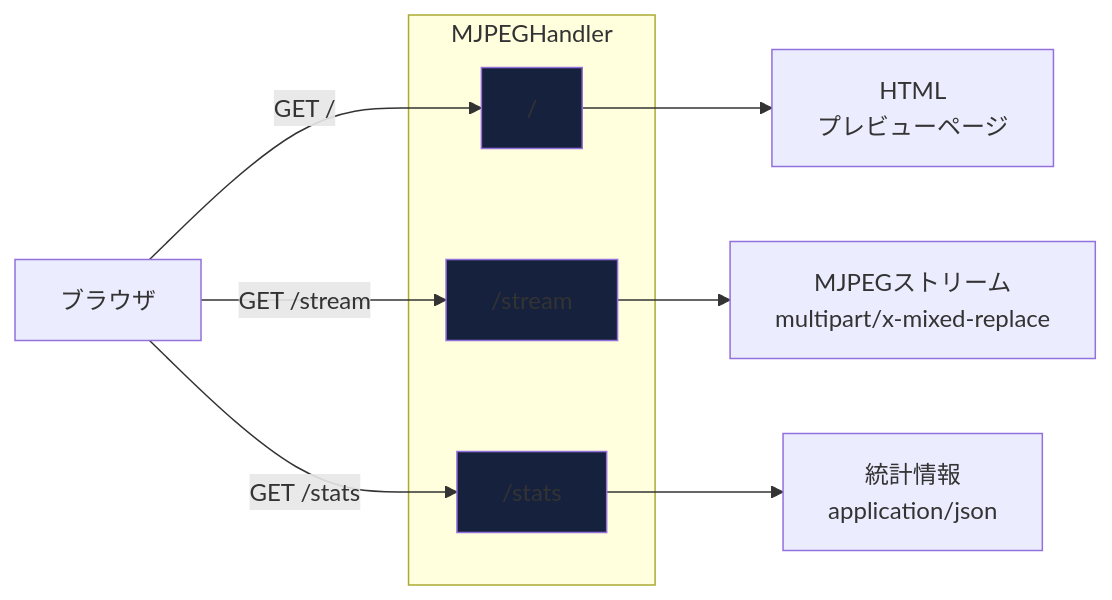
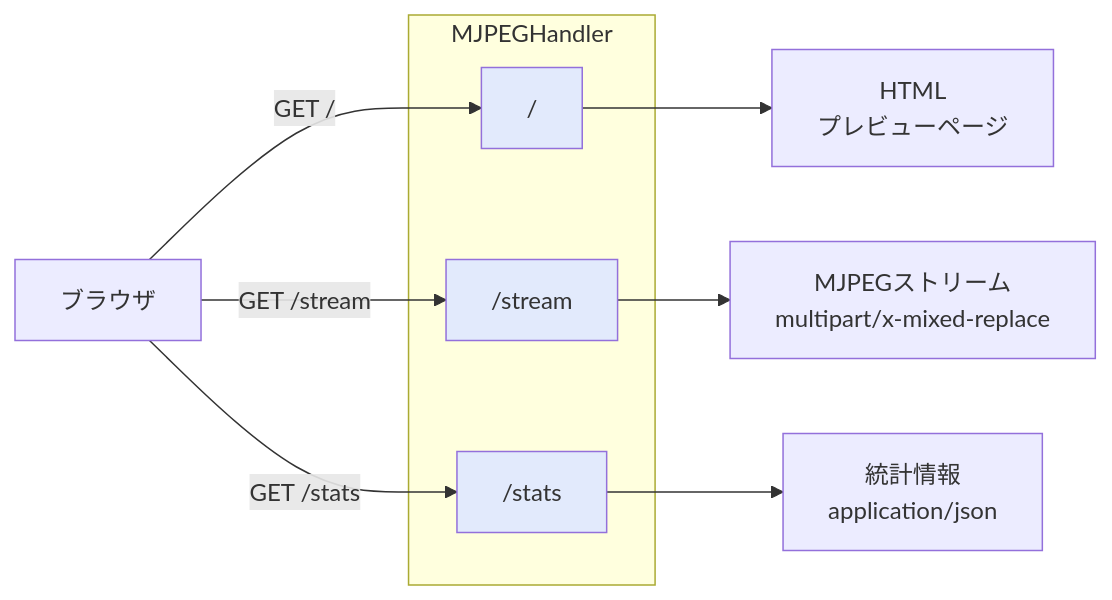
Before and after one commit to Masakai/meteo: the eighth of 12 diagrams in documents/DETECTOR_COMPONENTS.md, drawn with Mermaid. The commit also changed other lines of this file and 8 other files, not shown here.

Commit message:
- Mermaidダイアグラム用スタイルのカラーパレットを調整   - セーフティカラーを温和なトーンへ変更   - Mermaidテーマ設定のドキュメントやスクリプトを更新 - WebRTC/Go2RTC関連のドキュメント強化   - `go2rtc` コンテナ仕様、図解を追加   - ダッシュボード埋め込み方式とストリーミング設定を反映   - 構築手順にポートや依存関係情報を補足

````diff
--- a/documents/DETECTOR_COMPONENTS.md
+++ b/documents/DETECTOR_COMPONENTS.md
@@ -572,27 +572,27 @@
 ```mermaid
 graph LR
     Browser["ブラウザ"]
 
     subgraph "MJPEGHandler"
         Root["/"]
         Stream["/stream"]
         Stats["/stats"]
     end
 
     HTML["HTML<br/>プレビューページ"]
     MJPEG["MJPEGストリーム<br/>multipart/x-mixed-replace"]
     JSON["統計情報<br/>application/json"]
 
     Browser -->|"GET /"| Root
     Root --> HTML
 
     Browser -->|"GET /stream"| Stream
     Stream --> MJPEG
 
     Browser -->|"GET /stats"| Stats
     Stats --> JSON
 
-    style Root fill:#16213e
-    style Stream fill:#16213e
-    style Stats fill:#16213e
+    style Root fill:#e2eafc
+    style Stream fill:#e2eafc
+    style Stats fill:#e2eafc
 ```
````
